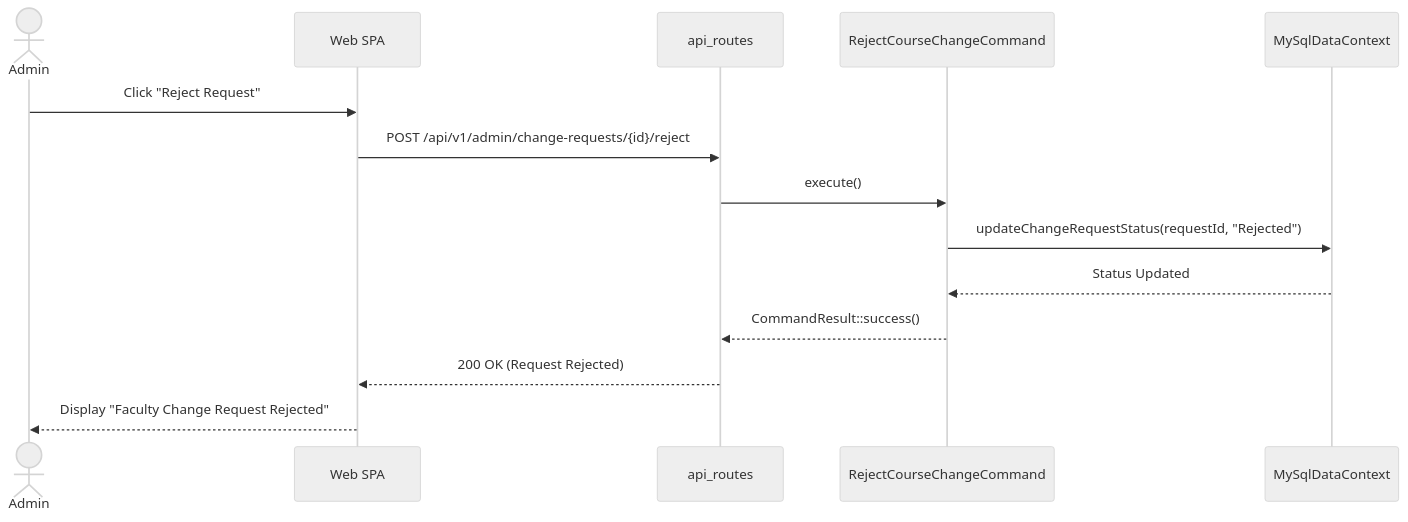
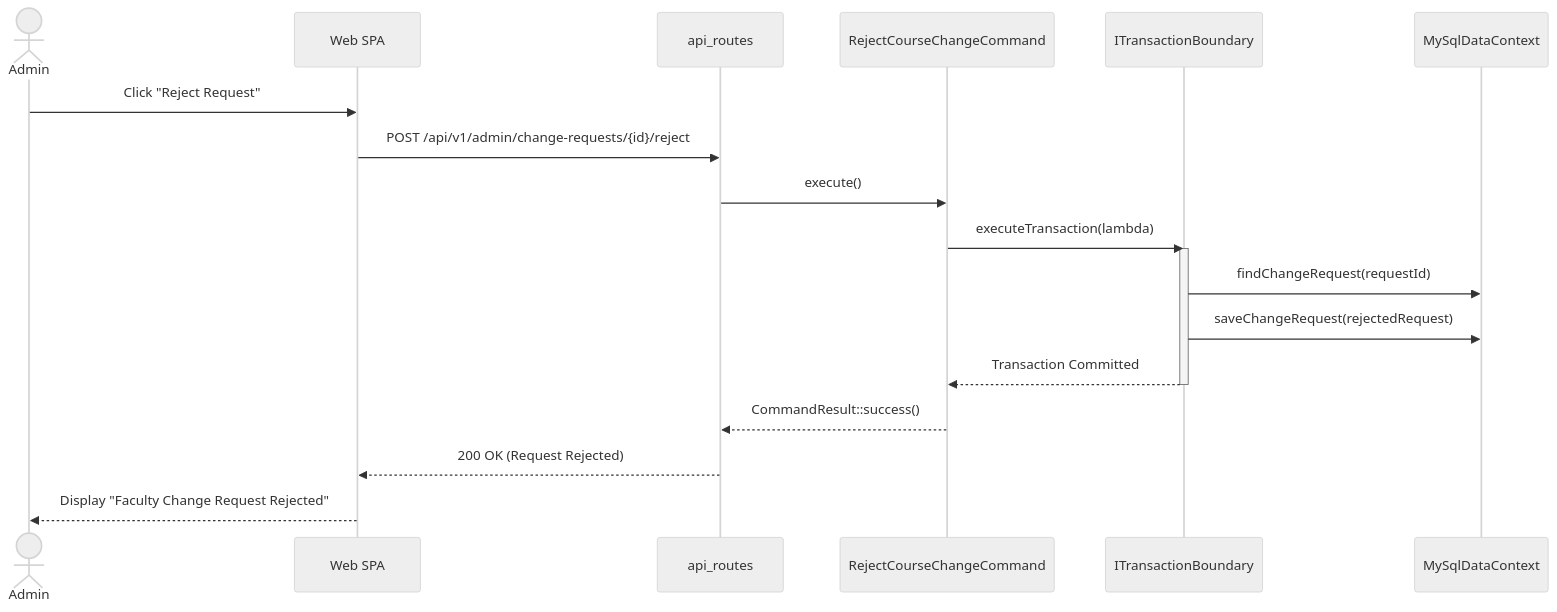
One commit to DesanSilva/university-course-enrolment-system changed diagram 11 of 13 in docs/uml_sequence_diagram.md. Above: the diagram before and after it, drawn with Mermaid (neutral theme). The commit also changed other lines of this file and 3 other files, not shown here.

Commit message:
updated UML diagrams

````diff
--- a/docs/uml_sequence_diagram.md
+++ b/docs/uml_sequence_diagram.md
@@ -277,17 +326,22 @@
 ```mermaid
 sequenceDiagram
     actor Admin
     participant SPA as Web SPA
     participant Router as api_routes
     participant Command as RejectCourseChangeCommand
+    participant Tx as ITransactionBoundary
     participant Store as MySqlDataContext
 
     Admin->>SPA: Click "Reject Request"
     SPA->>Router: POST /api/v1/admin/change-requests/{id}/reject
     Router->>Command: execute()
-    Command->>Store: updateChangeRequestStatus(requestId, "Rejected")
-    Store-->>Command: Status Updated
+    Command->>Tx: executeTransaction(lambda)
+    activate Tx
+    Tx->>Store: findChangeRequest(requestId)
+    Tx->>Store: saveChangeRequest(rejectedRequest)
+    Tx-->>Command: Transaction Committed
+    deactivate Tx
     Command-->>Router: CommandResult::success()
     Router-->>SPA: 200 OK (Request Rejected)
     SPA-->>Admin: Display "Faculty Change Request Rejected"
 ```
````
